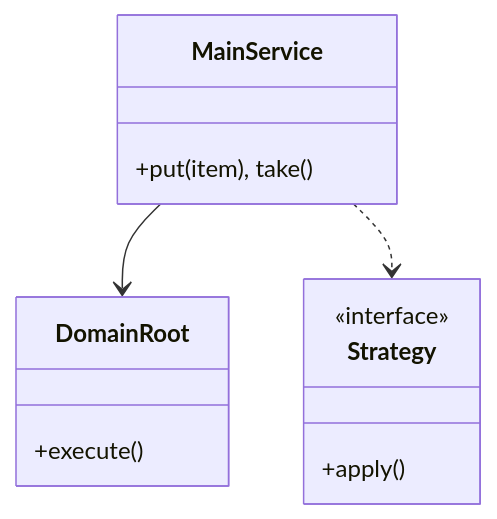
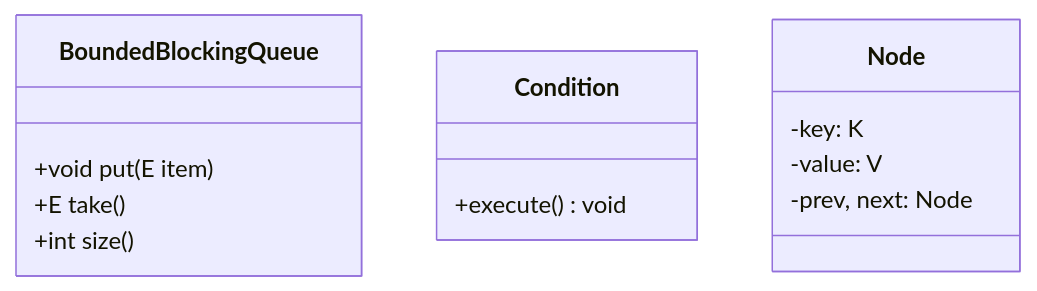
The first of 3 diagrams in Learn/System Design - Low Level Design/04-concurrency-lld/questions/Q02-bounded-blocking-queue.md (madhupaila/Interview-Prep-SSE), drawn with Mermaid before and after one commit. The commit also changed other lines of this file and 491 other files, not shown here.

````diff
--- a/Learn/System Design - Low Level Design/04-concurrency-lld/questions/Q02-bounded-blocking-queue.md
+++ b/Learn/System Design - Low Level Design/04-concurrency-lld/questions/Q02-bounded-blocking-queue.md
@@ -72,15 +91,16 @@
 ```mermaid
 classDiagram
-    class MainService {
-        +put(item), take()
+    class BoundedBlockingQueue {
+        +void put(E item)
+        +E take()
+        +int size()
     }
-    class DomainRoot {
-        +execute()
+    class Condition {
+        +execute() void
     }
-    class Strategy {
-        <<interface>>
-        +apply()
+    class Node {
+        -key: K
+        -value: V
+        -prev, next: Node
     }
-    MainService --> DomainRoot
-    MainService ..> Strategy
 ```
````
